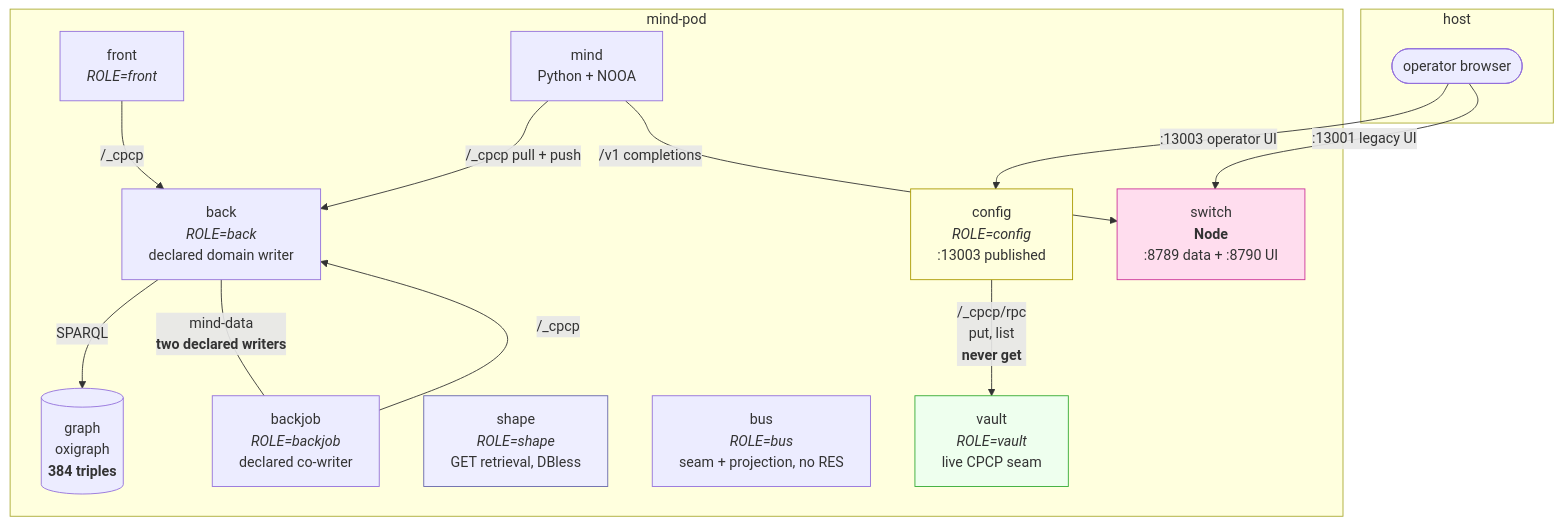
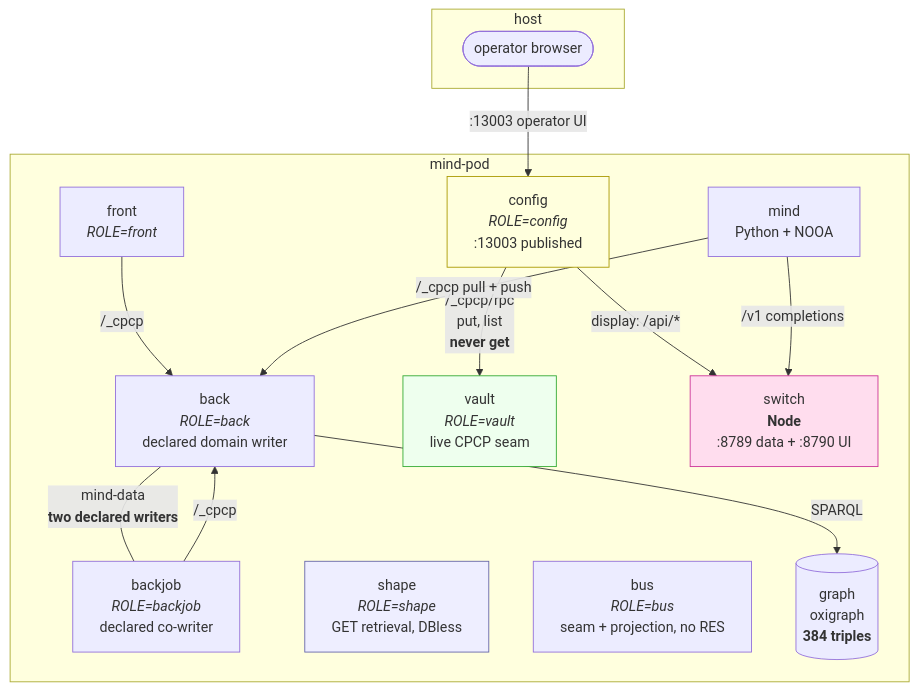
The first of 6 diagrams in docs/architecture/ContainerTopology.md (laquereric/magentic-stack), drawn with Mermaid before and after one commit. The commit also changed other lines of this file and 13 other files, not shown here.

````diff
--- a/docs/architecture/ContainerTopology.md
+++ b/docs/architecture/ContainerTopology.md
@@ -33,32 +33,32 @@
 ```mermaid
 graph TB
   subgraph host["host"]
     H(["operator browser"])
   end
   subgraph pod["mind-pod"]
     CONFIG["config<br/><i>ROLE=config</i><br/>:13003 published"]
     FRONT["front<br/><i>ROLE=front</i>"]
     BACK["back<br/><i>ROLE=back</i><br/>declared domain writer"]
     BACKJOB["backjob<br/><i>ROLE=backjob</i><br/>declared co-writer"]
     VAULT["vault<br/><i>ROLE=vault</i><br/>live CPCP seam"]
     MIND["mind<br/>Python + NOOA"]
     SHAPE["shape<br/><i>ROLE=shape</i><br/>GET retrieval, DBless"]
     BUS["bus<br/><i>ROLE=bus</i><br/>seam + projection, no RES"]
     SWITCH["switch<br/><b>Node</b><br/>:8789 data + :8790 UI"]
     GRAPH[("graph<br/>oxigraph<br/><b>384 triples</b>")]
   end
   H -->|":13003 operator UI"| CONFIG
-  H -->|":13001 legacy UI"| SWITCH
   CONFIG -->|"/_cpcp/rpc<br/>put, list<br/><b>never get</b>"| VAULT
   FRONT -->|"/_cpcp"| BACK
+  CONFIG -->|"display: /api/*"| SWITCH
   BACKJOB -->|"/_cpcp"| BACK
   MIND -->|"/_cpcp pull + push"| BACK
   MIND -->|"/v1 completions"| SWITCH
   BACK -->|"SPARQL"| GRAPH
   BACK ---|"mind-data<br/><b>two declared writers</b>"| BACKJOB
 
   style SWITCH fill:#fde,stroke:#c39
   style VAULT fill:#efe,stroke:#3a3
   style CONFIG fill:#ffd,stroke:#a90
   style SHAPE fill:#eef,stroke:#66a
 ```
````
